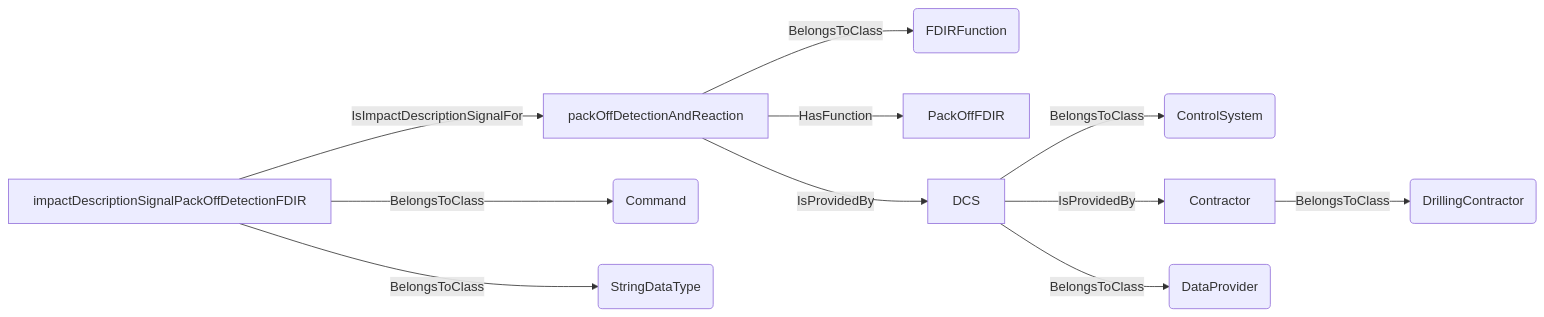
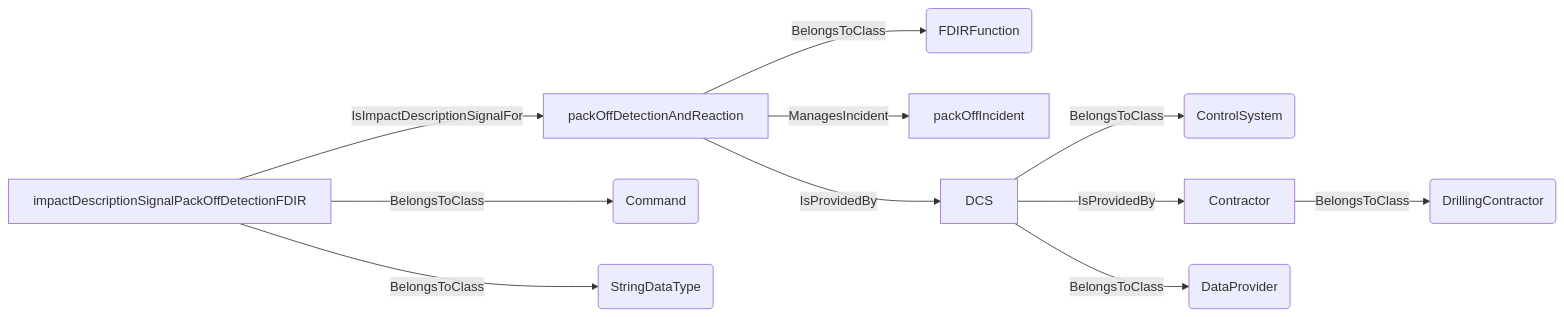
Diagram 20 of 20 in docs/vocabulary_development/auto-generated/md/definition-files/ADCS.md (D-WIS/DDHub-Semantic-Interoperability), drawn with Mermaid before and after one commit. The commit also changed other lines of this file and 16 other files, not shown here.

````diff
--- a/docs/vocabulary_development/auto-generated/md/definition-files/ADCS.md
+++ b/docs/vocabulary_development/auto-generated/md/definition-files/ADCS.md
@@ -998,13 +1010,13 @@
 ```mermaid
 graph LR
 	N0000[packOffDetectionAndReaction] -->|BelongsToClass| N0001(FDIRFunction) 
-	N0000[packOffDetectionAndReaction] -->|HasFunction| N0002["PackOffFDIR"] 
+	N0000[packOffDetectionAndReaction] -->|ManagesIncident| N0002[packOffIncident] 
 	N0003[DCS] -->|BelongsToClass| N0004(ControlSystem) 
 	N0005[Contractor] -->|BelongsToClass| N0006(DrillingContractor) 
 	N0003[DCS] -->|IsProvidedBy| N0005[Contractor] 
 	N0003[DCS] -->|BelongsToClass| N0007(DataProvider) 
 	N0000[packOffDetectionAndReaction] -->|IsProvidedBy| N0003[DCS] 
 	N0008[impactDescriptionSignalPackOffDetectionFDIR] -->|BelongsToClass| N0009(Command) 
 	N0008[impactDescriptionSignalPackOffDetectionFDIR] -->|BelongsToClass| N0010(StringDataType) 
 	N0008[impactDescriptionSignalPackOffDetectionFDIR] -->|IsImpactDescriptionSignalFor| N0000[packOffDetectionAndReaction] 
 ```
````
